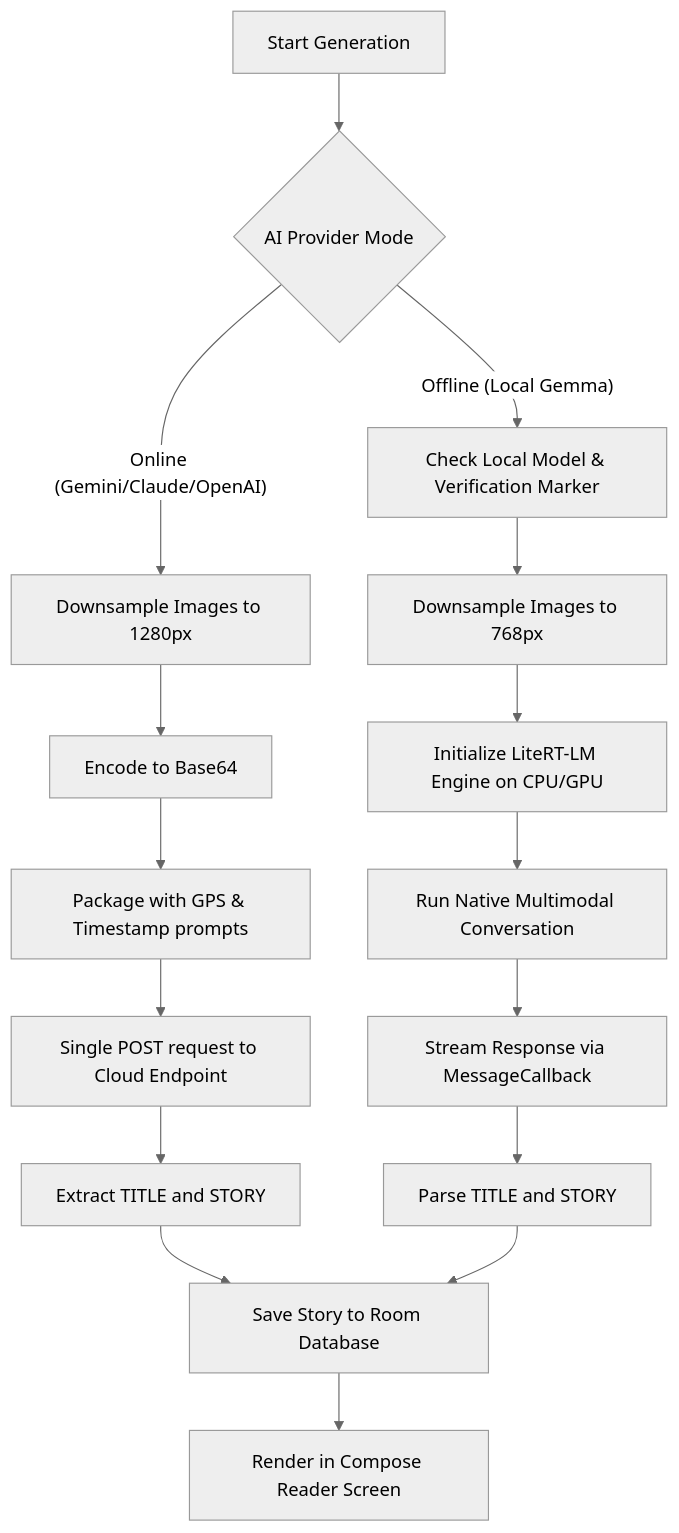
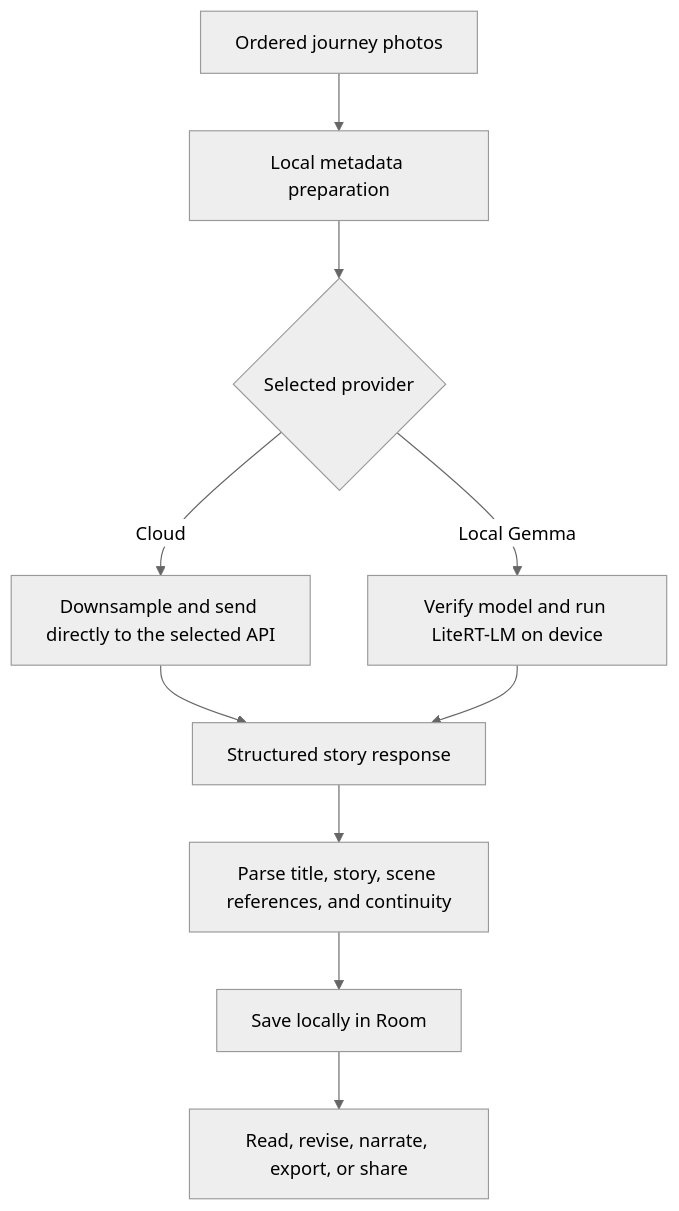
One commit to variable005/Pluck changed the diagram in README.md. Above: the diagram before and after it, drawn with Mermaid (neutral theme). The commit also changed other lines of this file, not shown here.

````diff
--- a/README.md
+++ b/README.md
@@ -17,20 +52,12 @@
 ```mermaid
-graph TD
-    A[Start Generation] --> B{AI Provider Mode}
-    B -- Online (Gemini/Claude/OpenAI) --> C[Downsample Images to 1280px]
-    C --> D[Encode to Base64]
-    D --> E[Package with GPS & Timestamp prompts]
-    E --> F[Single POST request to Cloud Endpoint]
-    F --> G[Extract TITLE and STORY]
-    
-    B -- Offline (Local Gemma) --> H[Check Local Model & Verification Marker]
-    H --> I[Downsample Images to 768px]
-    I --> J[Initialize LiteRT-LM Engine on CPU/GPU]
-    J --> K[Run Native Multimodal Conversation]
-    K --> L[Stream Response via MessageCallback]
-    L --> M[Parse TITLE and STORY]
-    
-    G --> N[Save Story to Room Database]
-    M --> N
-    N --> O[Render in Compose Reader Screen]
+flowchart TD
+    A[Ordered journey photos] --> B[Local metadata preparation]
+    B --> C{Selected provider}
+    C -->|Cloud| D[Downsample and send directly to the selected API]
+    C -->|Local Gemma| E[Verify model and run LiteRT-LM on device]
+    D --> F[Structured story response]
+    E --> F
+    F --> G[Parse title, story, scene references, and continuity]
+    G --> H[Save locally in Room]
+    H --> I[Read, revise, narrate, export, or share]
 ```
````
